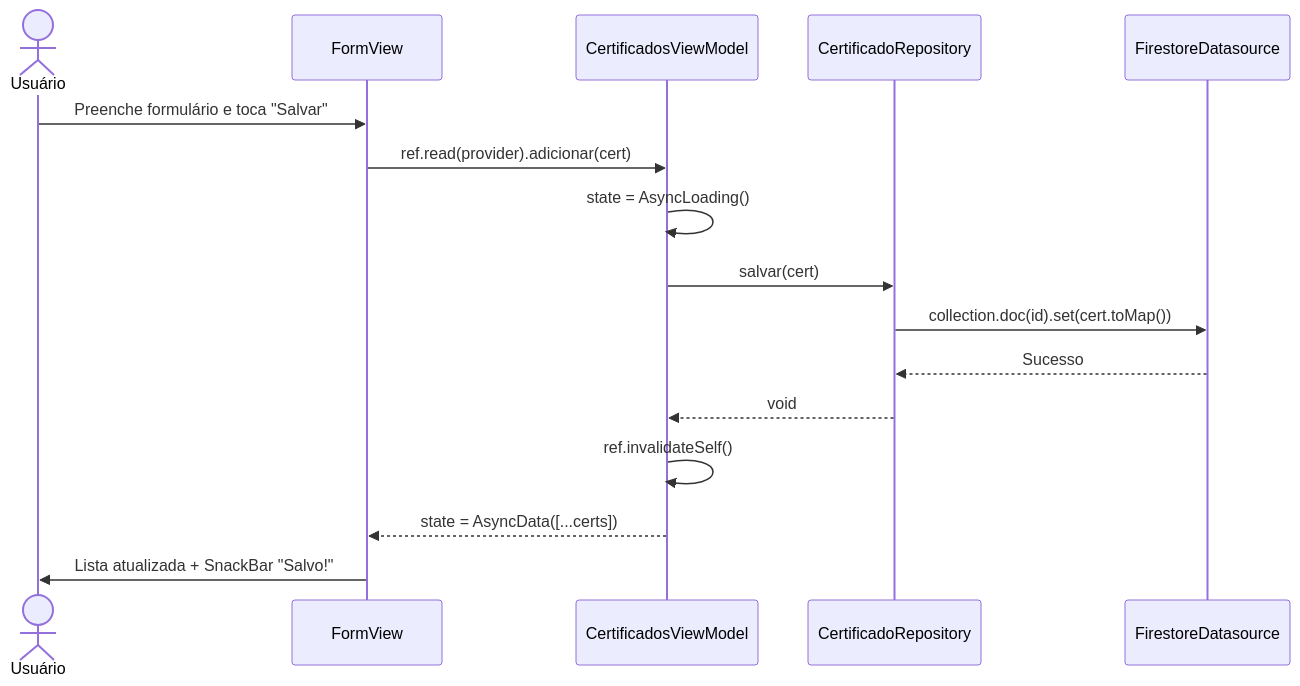
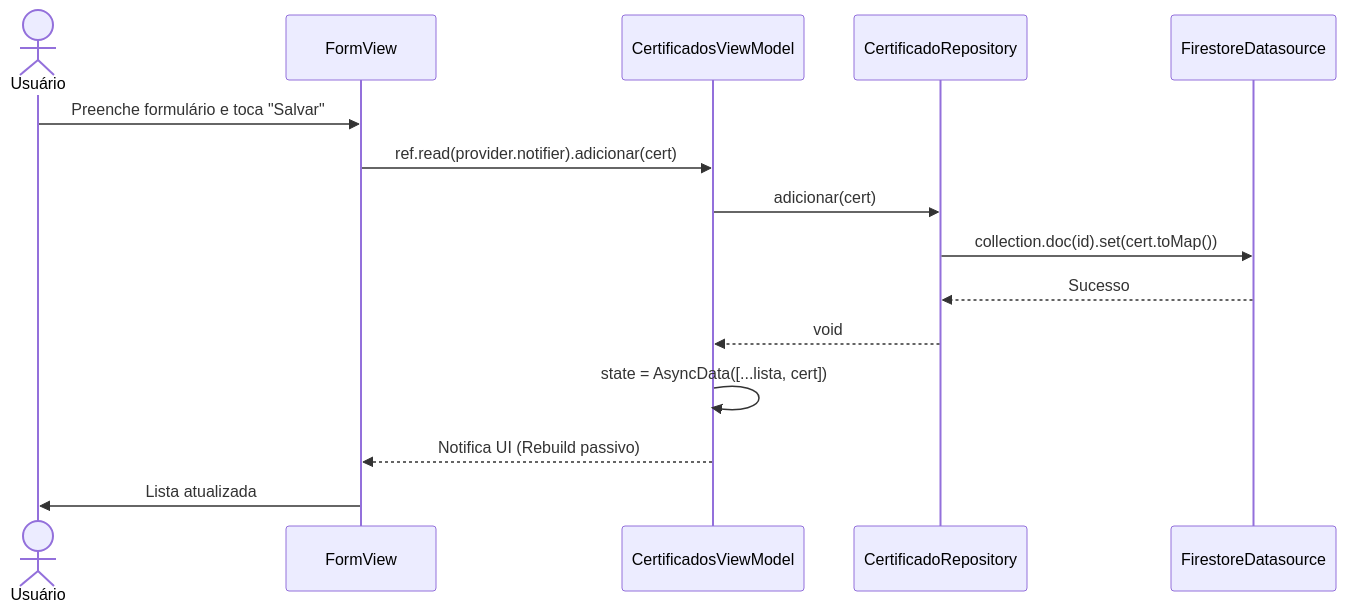
Before and after one commit to JGustavoCN/ifdex: the third of 3 diagrams in docs/arquitetura_spec.md, drawn with Mermaid. The commit also changed other lines of this file and 10 other files, not shown here.

Commit message:
feat: implement project architecture specification and foundational MVVM structure for the certificados feature

````diff
--- a/docs/arquitetura_spec.md
+++ b/docs/arquitetura_spec.md
@@ -416,19 +416,18 @@
 ```mermaid
 sequenceDiagram
     actor U as Usuário
     participant V as FormView
     participant VM as CertificadosViewModel
     participant R as CertificadoRepository
     participant DS as FirestoreDatasource
 
     U->>V: Preenche formulário e toca "Salvar"
-    V->>VM: ref.read(provider).adicionar(cert)
-    VM->>VM: state = AsyncLoading()
-    VM->>R: salvar(cert)
+    V->>VM: ref.read(provider.notifier).adicionar(cert)
+    VM->>R: adicionar(cert)
     R->>DS: collection.doc(id).set(cert.toMap())
     DS-->>R: Sucesso
     R-->>VM: void
-    VM->>VM: ref.invalidateSelf()
-    VM-->>V: state = AsyncData([...certs])
-    V->>U: Lista atualizada + SnackBar "Salvo!"
+    VM->>VM: state = AsyncData([...lista, cert])
+    VM-->>V: Notifica UI (Rebuild passivo)
+    V->>U: Lista atualizada
 ```
````
